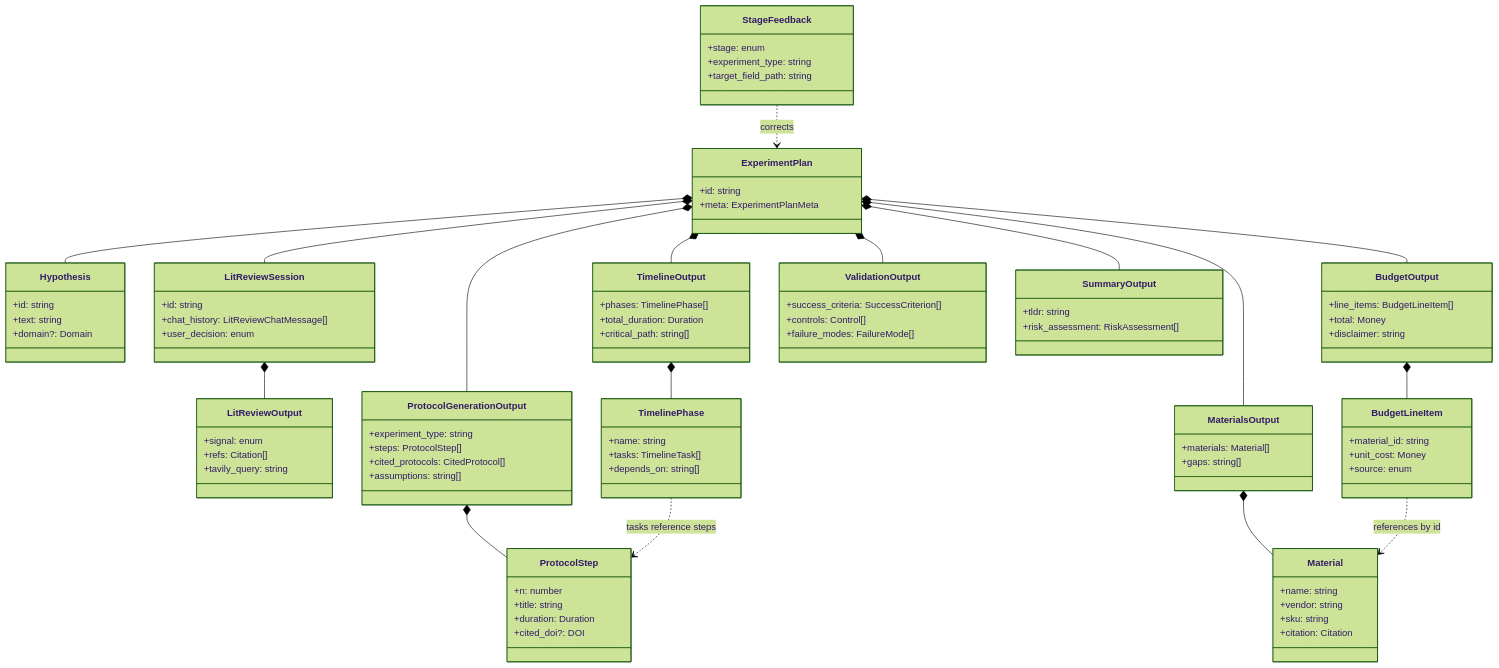
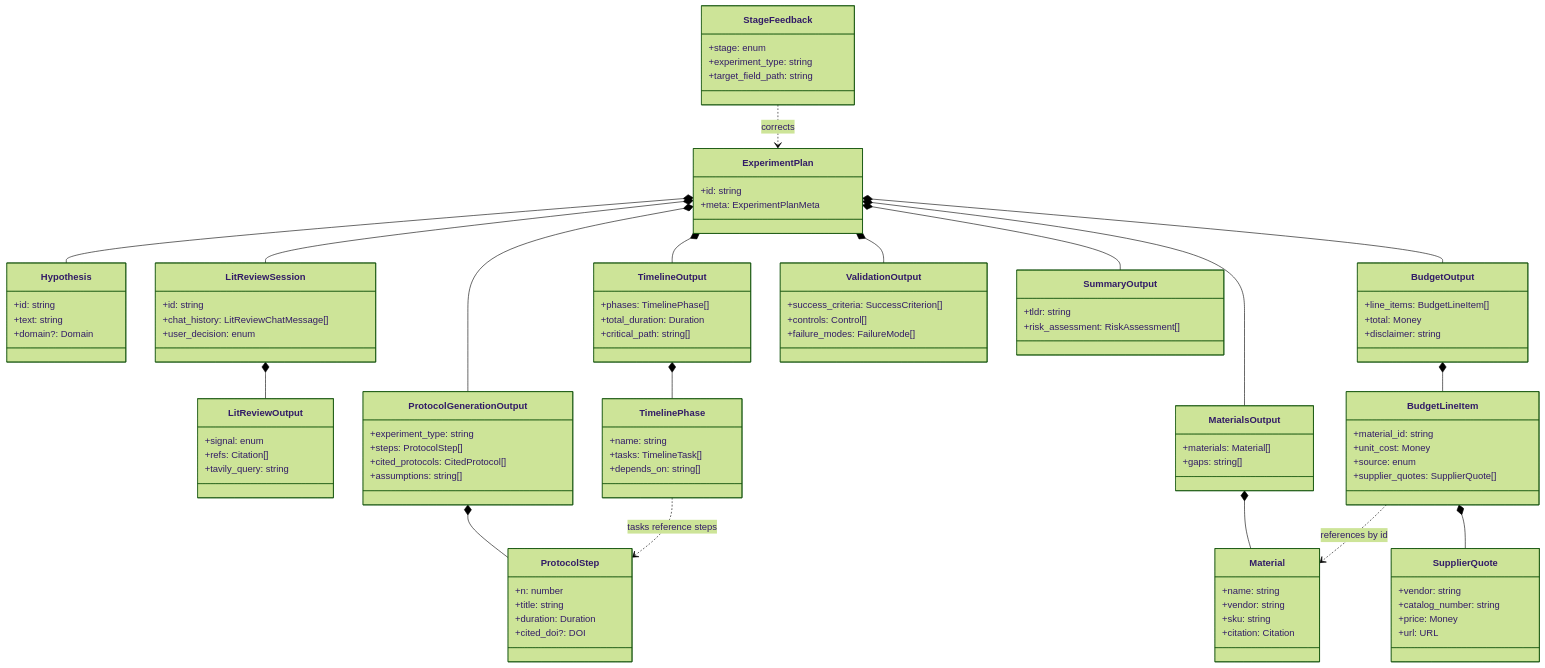
The diagram in spec/TYPES.md (arogya-gyawali/AI_Scientist_Assistant), drawn with Mermaid (forest theme) before and after one commit. The commit also changed other lines of this file and 2 other files, not shown here.

```diff
--- a/spec/TYPES.md
+++ b/spec/TYPES.md
@@ -107,6 +107,14 @@
         +material_id: string
         +unit_cost: Money
         +source: enum
+        +supplier_quotes: SupplierQuote[]
+    }
+
+    class SupplierQuote {
+        +vendor: string
+        +catalog_number: string
+        +price: Money
+        +url: URL
     }
 
     class TimelineOutput {
@@ -151,6 +159,7 @@
     ProtocolGenerationOutput *-- ProtocolStep
     MaterialsOutput *-- Material
     BudgetOutput *-- BudgetLineItem
+    BudgetLineItem *-- SupplierQuote
     TimelineOutput *-- TimelinePhase
 
     BudgetLineItem ..> Material : references by id
```
